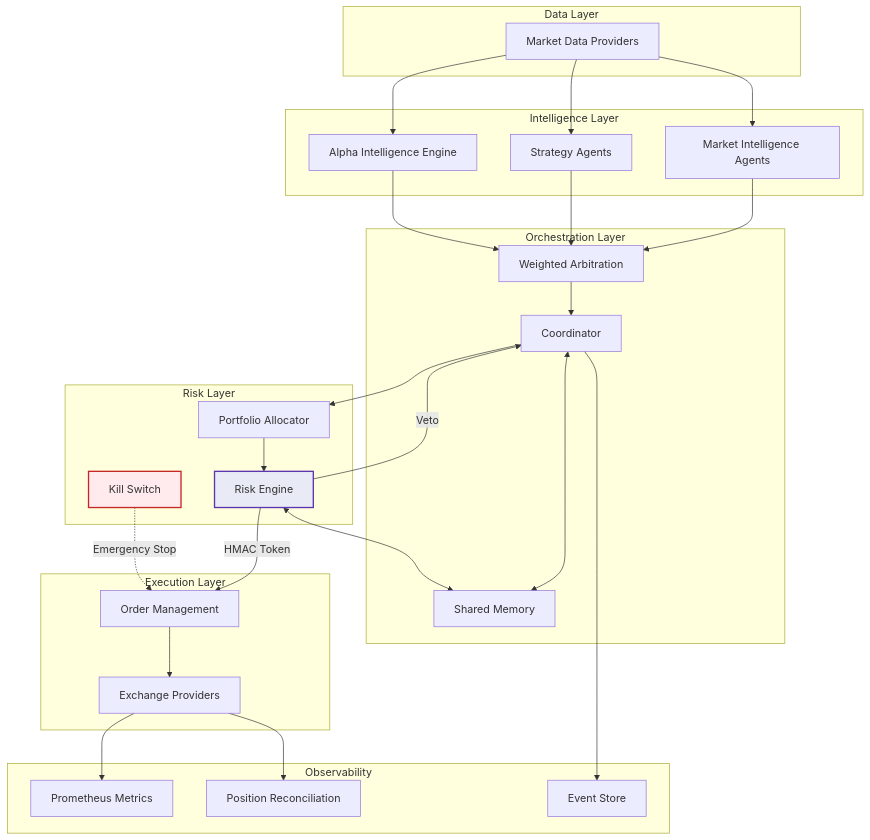
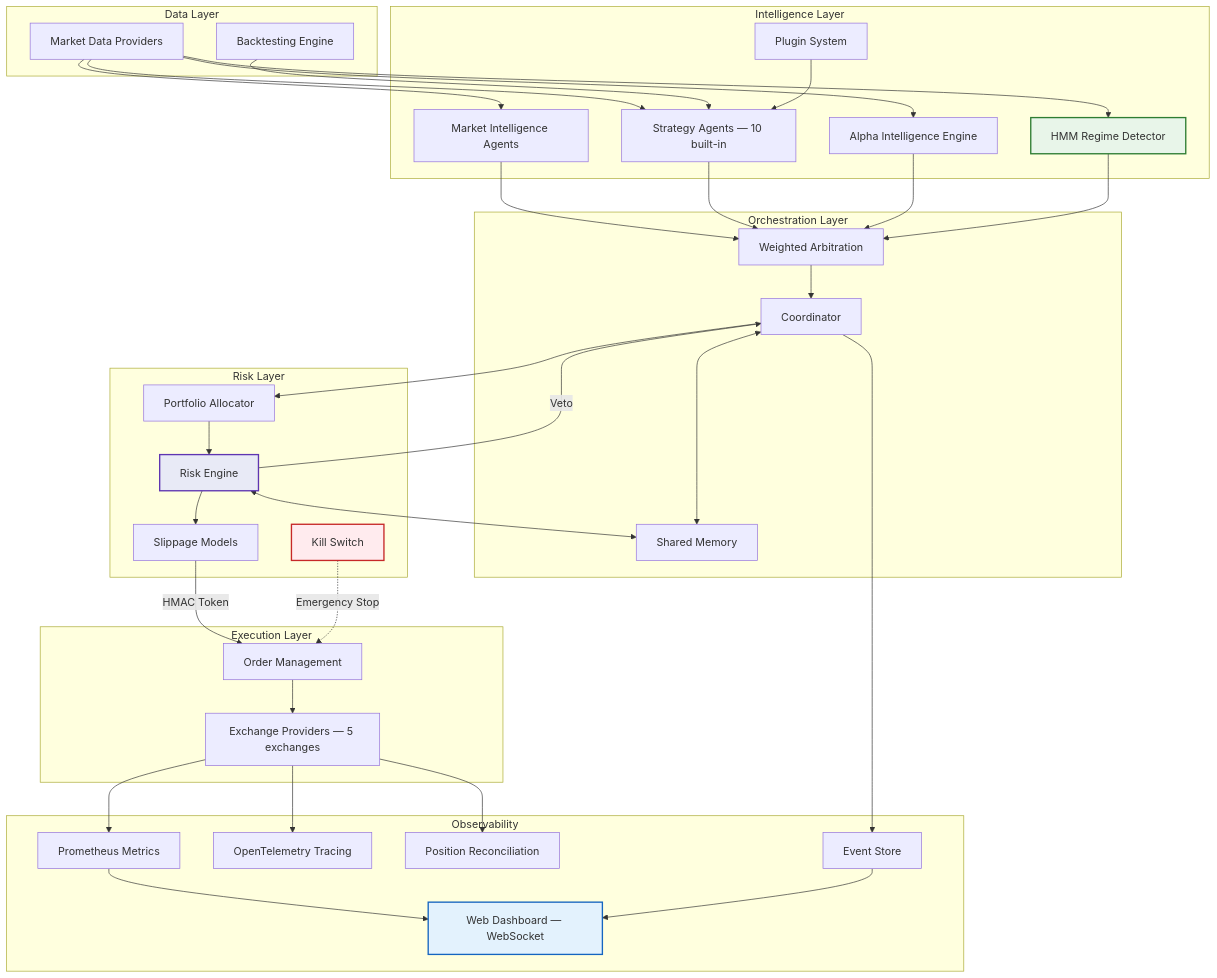
One commit to kmshihab7878/Autonomous-Investment-Swarm changed the diagram in README.md. Above: the diagram before and after it, drawn with Mermaid. The commit also changed other lines of this file, not shown here.

Commit message:
docs(readme): update architecture diagram and feature highlights
- Architecture diagram: added HMM Regime Detector, Plugin System,
  Backtesting Engine, Slippage Models, OpenTelemetry Tracing,
  Web Dashboard, and "10 built-in" / "5 exchanges" labels
- Why AIS section: added HMM regime detection, plugin system,
  OpenTelemetry tracing, and WebSocket dashboard to feature highlights
- Verified no stale metrics or old repo names remain anywhere

````diff
--- a/README.md
+++ b/README.md
@@ -91,57 +94,73 @@
 ```mermaid
 graph TD
     subgraph Data Layer
         D[Market Data Providers]
+        BT[Backtesting Engine]
     end
 
     subgraph Intelligence Layer
         MI[Market Intelligence Agents]
-        ST[Strategy Agents]
+        ST[Strategy Agents — 10 built-in]
         AI[Alpha Intelligence Engine]
+        HMM[HMM Regime Detector]
+        PLG[Plugin System]
     end
 
     subgraph Orchestration Layer
         ARB[Weighted Arbitration]
         COORD[Coordinator]
         MEM[Shared Memory]
     end
 
     subgraph Risk Layer
         PA[Portfolio Allocator]
         RE[Risk Engine]
         KS[Kill Switch]
+        SL[Slippage Models]
     end
 
     subgraph Execution Layer
         OMS[Order Management]
-        EX[Exchange Providers]
+        EX[Exchange Providers — 5 exchanges]
     end
 
     subgraph Observability
         MON[Prometheus Metrics]
+        OTEL[OpenTelemetry Tracing]
         REC[Position Reconciliation]
         EVT[Event Store]
+        DASH[Web Dashboard — WebSocket]
     end
 
     D --> MI
     D --> ST
     D --> AI
+    D --> HMM
+    BT --> ST
+    PLG --> ST
     MI --> ARB
     ST --> ARB
     AI --> ARB
+    HMM --> ARB
     ARB --> COORD
     COORD --> PA
     PA --> RE
-    RE -->|HMAC Token| OMS
+    RE --> SL
+    SL -->|HMAC Token| OMS
     RE -->|Veto| COORD
     KS -.->|Emergency Stop| OMS
     OMS --> EX
     EX --> MON
+    EX --> OTEL
     EX --> REC
     COORD --> EVT
     COORD <--> MEM
     RE <--> MEM
+    MON --> DASH
+    EVT --> DASH
 
     style RE fill:#e8eaf6,stroke:#5e35b1,stroke-width:2px
     style KS fill:#ffebee,stroke:#c62828,stroke-width:2px
+    style HMM fill:#e8f5e9,stroke:#2e7d32,stroke-width:2px
+    style DASH fill:#e3f2fd,stroke:#1565c0,stroke-width:2px
 ```
````
